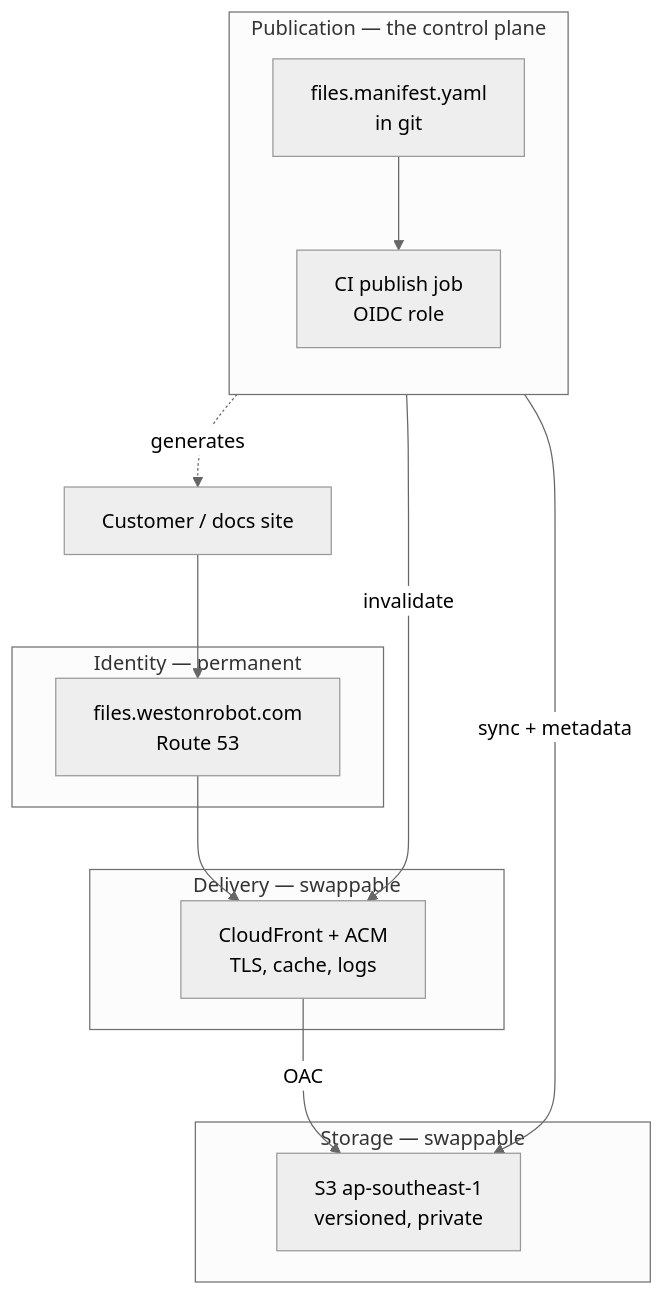
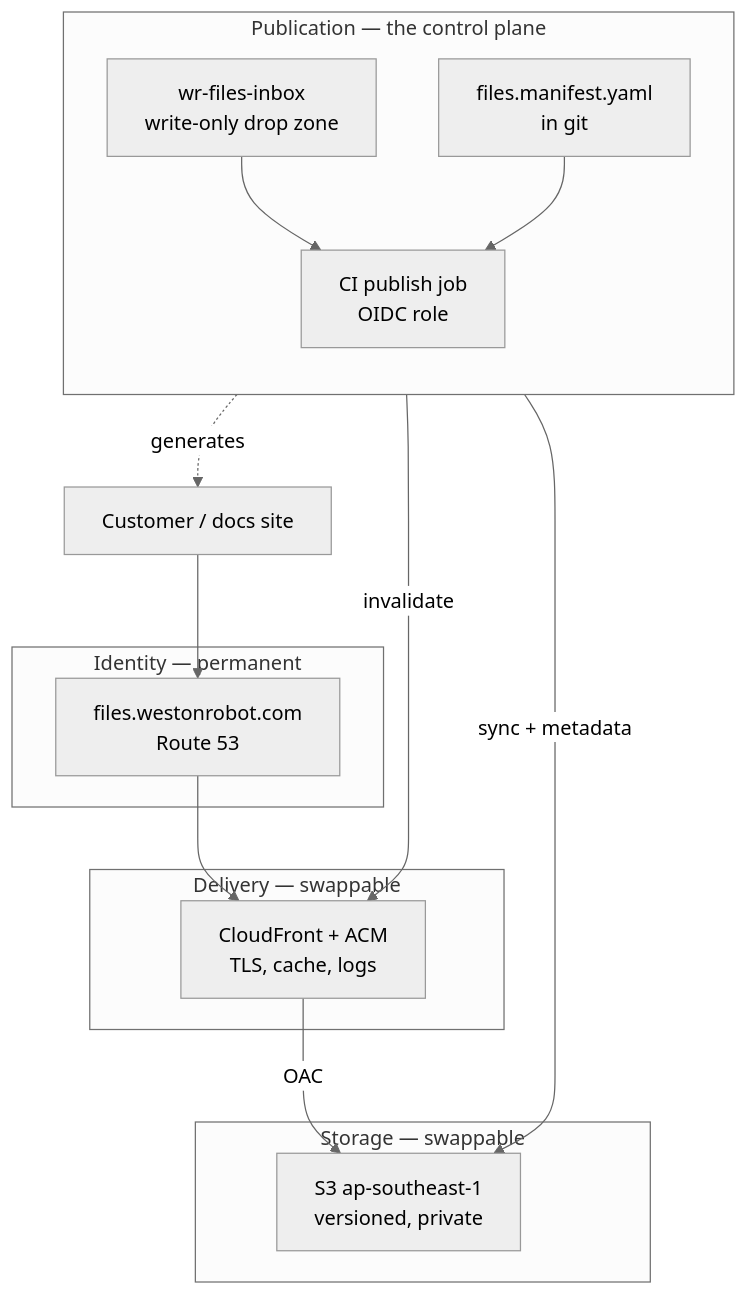
Before and after one commit to westonrobot/docs: the diagram in docs/design/file-hosting.md, drawn with Mermaid (neutral theme). The commit also changed other lines of this file, not shown here.

First line of the commit message:
docs(design): separate uploading from publishing, add the inbox bucket

````diff
--- a/docs/design/file-hosting.md
+++ b/docs/design/file-hosting.md
@@ -23,21 +23,22 @@
 ```mermaid
 flowchart TB
   C[Customer / docs site]
   subgraph IDENT[Identity — permanent]
     DNS["files.westonrobot.com<br/>Route 53"]
   end
   subgraph DELIV[Delivery — swappable]
     CF["CloudFront + ACM<br/>TLS, cache, logs"]
   end
   subgraph STORE[Storage — swappable]
     S3["S3 ap-southeast-1<br/>versioned, private"]
   end
   subgraph PUB[Publication — the control plane]
     direction TB
-    MAN["files.manifest.yaml<br/>in git"] --> CI["CI publish job<br/>OIDC role"]
+    IN["wr-files-inbox<br/>write-only drop zone"] --> CI["CI publish job<br/>OIDC role"]
+    MAN["files.manifest.yaml<br/>in git"] --> CI
   end
   C --> DNS --> CF -->|OAC| S3
   CI -->|sync + metadata| S3
   CI -->|invalidate| CF
   MAN -.->|generates| C
 ```
````
